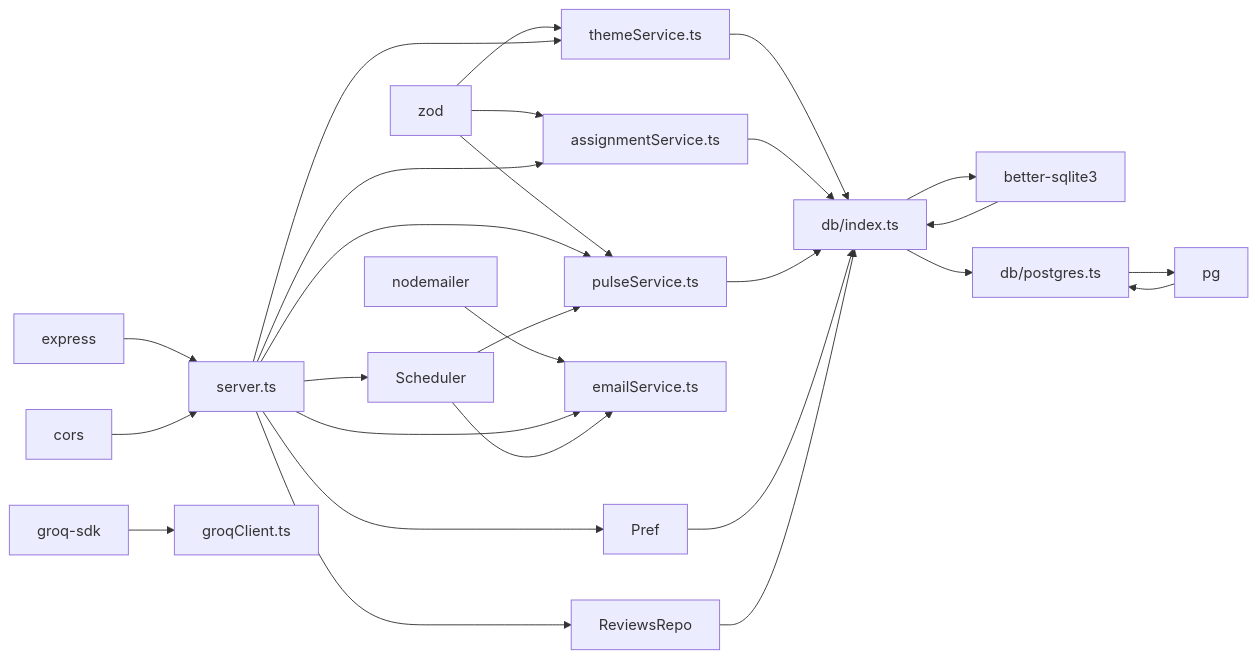
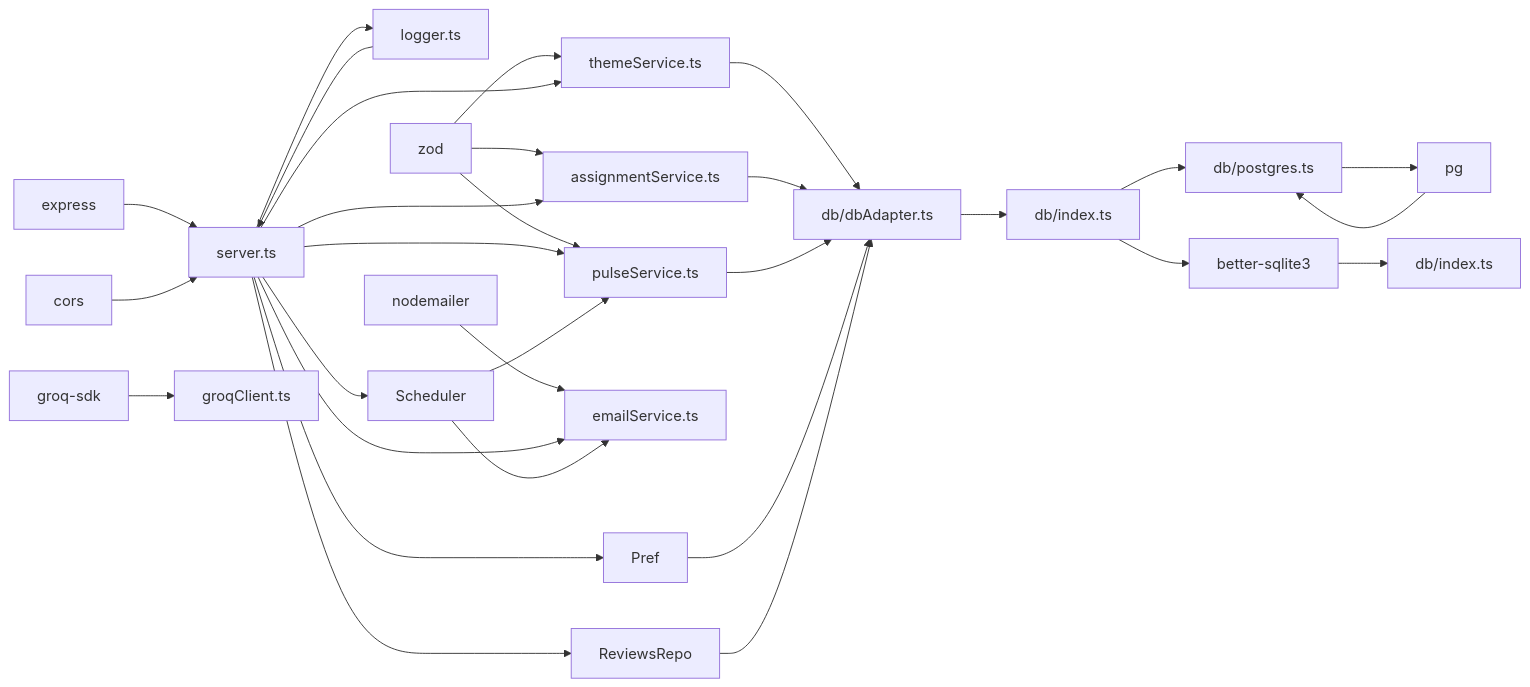
Before and after one commit to aravinthraj-ramalingam/Groww-App-Review-Insights-Analyzer-: the tenth of 11 diagrams in .qoder/repowiki/en/content/API Reference/Phase 2 API Endpoints.md, drawn with Mermaid. The commit also changed other lines of this file and 10 other files, not shown here.

Commit message:
Fix pulse duplicate key error, theme deduplication, and button alignment

````diff
--- a/.qoder/repowiki/en/content/API Reference/Phase 2 API Endpoints.md
+++ b/.qoder/repowiki/en/content/API Reference/Phase 2 API Endpoints.md
@@ -559,29 +643,32 @@
 ```mermaid
 graph LR
 Express["express"] --> Server["server.ts"]
 Cors["cors"] --> Server
+Logger["logger.ts"] --> Server
 Zod["zod"] --> ThemeSvc["themeService.ts"]
 Zod --> AssignmentSvc["assignmentService.ts"]
 Zod --> PulseSvc["pulseService.ts"]
 Better["better-sqlite3"] --> DB["db/index.ts"]
 PG["pg"] --> Postgres["db/postgres.ts"]
 GroqSDK["groq-sdk"] --> Groq["groqClient.ts"]
 Nodemailer["nodemailer"] --> Email["emailService.ts"]
+Server --> Logger
 Server --> ThemeSvc
 Server --> AssignmentSvc
 Server --> PulseSvc
 Server --> Email
 Server --> Pref
 Server --> ReviewsRepo
 Server --> Scheduler
-ThemeSvc --> DB
-AssignmentSvc --> DB
-PulseSvc --> DB
-Pref --> DB
-ReviewsRepo --> DB
+ThemeSvc --> DBAdapter["db/dbAdapter.ts"]
+AssignmentSvc --> DBAdapter
+PulseSvc --> DBAdapter
+Pref --> DBAdapter
+ReviewsRepo --> DBAdapter
 Scheduler --> PulseSvc
 Scheduler --> Email
-DB --> Postgres
-DB --> Better
+DBAdapter --> DBIndex["db/index.ts"]
+DBIndex --> Postgres
+DBIndex --> Better
 Postgres --> PG
 ```
````
